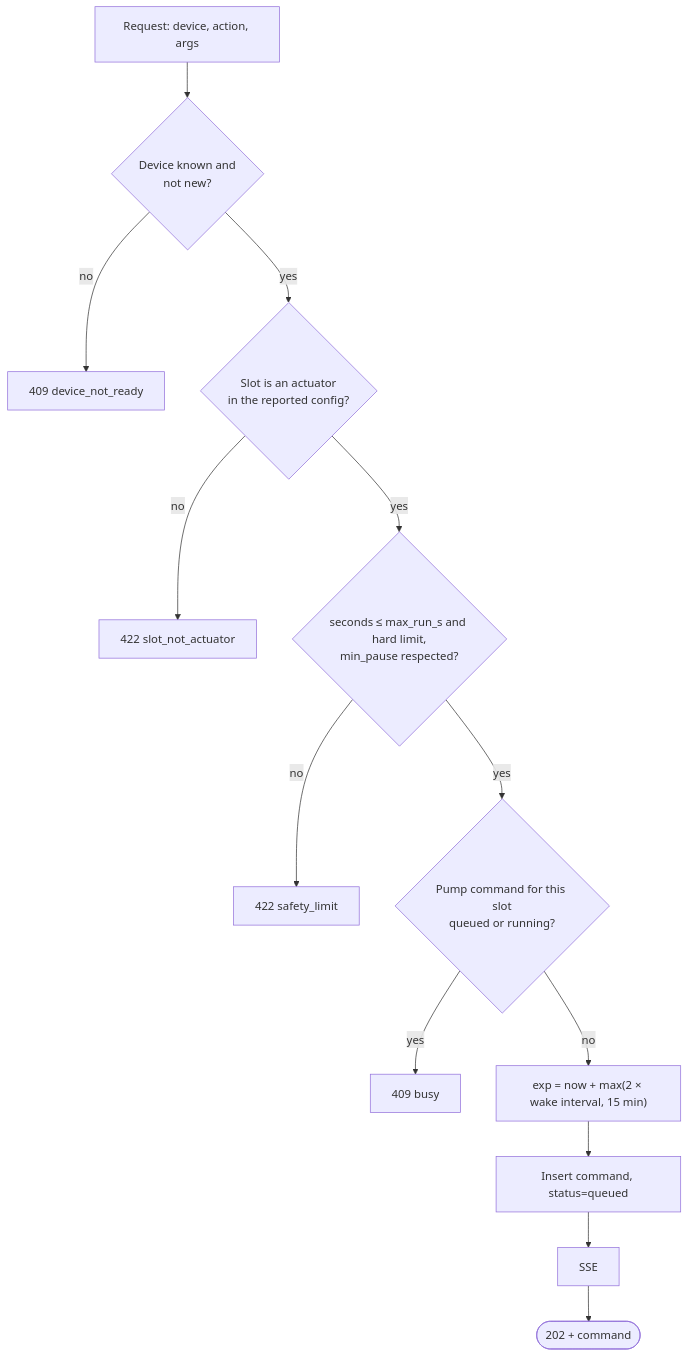
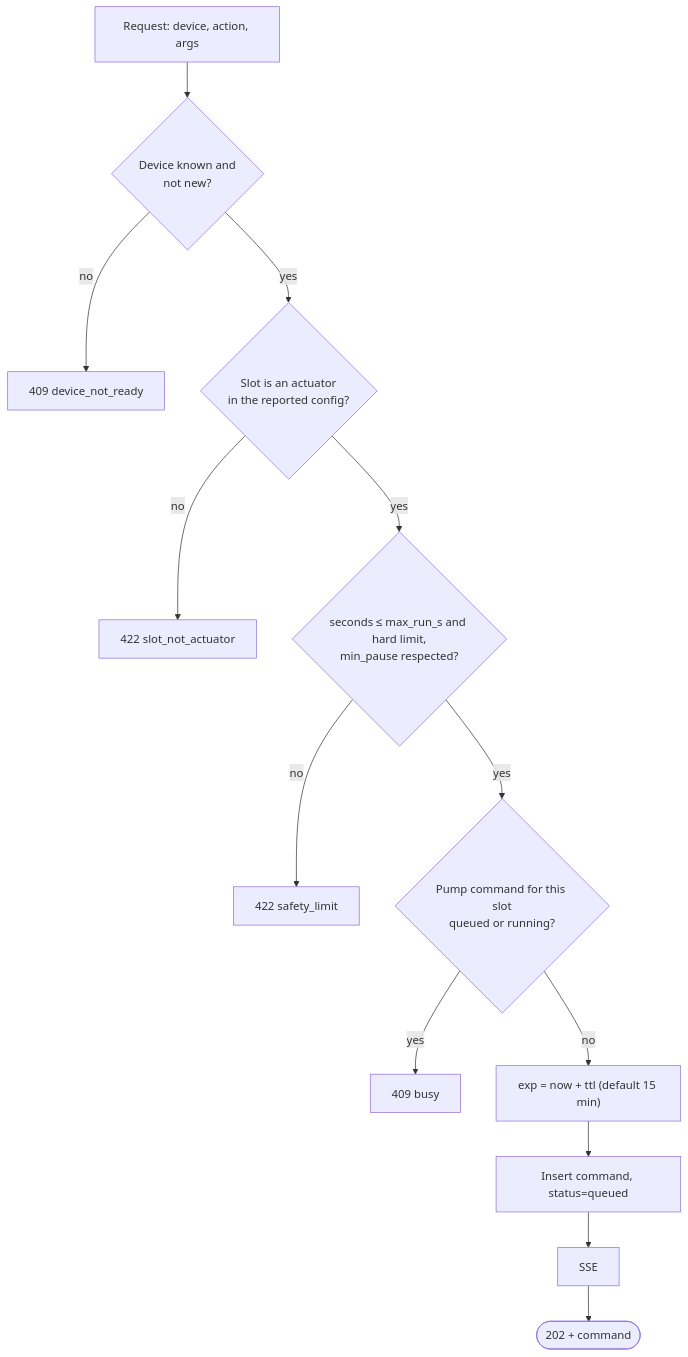
One commit to Hansom17/MoistureController changed the seventh of 7 diagrams in Gateway/specs.md. Above: the diagram before and after it, drawn with Mermaid. The commit also changed other lines of this file and 6 other files, not shown here.

````diff
--- a/Gateway/specs.md
+++ b/Gateway/specs.md
@@ -275,14 +356,14 @@
 ```mermaid
 flowchart TD
     A[Request: device, action, args] --> B{Device known and<br/>not new?}
     B -->|no| X0[409 device_not_ready]
     B -->|yes| C{Slot is an actuator<br/>in the reported config?}
     C -->|no| X2[422 slot_not_actuator]
     C -->|yes| D{seconds ≤ max_run_s and hard limit,<br/>min_pause respected?}
     D -->|no| X3[422 safety_limit]
     D -->|yes| E{Pump command for this slot<br/>queued or running?}
     E -->|yes| X4[409 busy]
-    E -->|no| F["exp = now + max(2 × wake interval, 15 min)"]
+    E -->|no| F["exp = now + ttl (default 15 min)"]
     F --> G[Insert command, status=queued]
     G --> H[SSE] --> J(["202 + command"])
 ```
````
